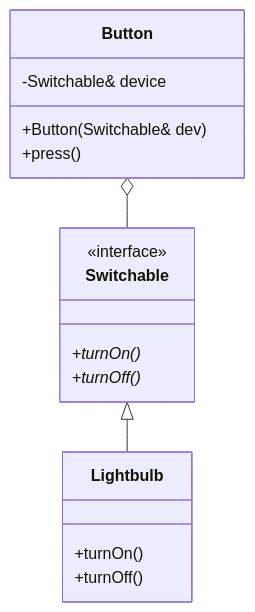
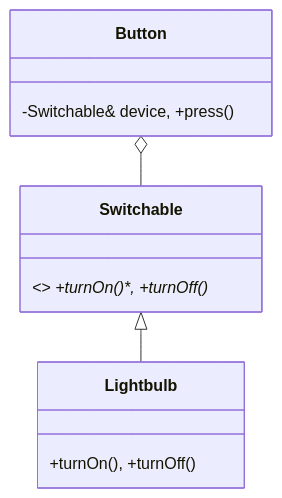
Before and after one commit to divyap271/systemDesign: the fifth of 22 diagrams in readme.md, drawn with Mermaid. The commit also changed other lines of this file, not shown here.

````diff
--- a/readme.md
+++ b/readme.md
@@ -86,19 +88,8 @@
 ```mermaid
 classDiagram
-    class Switchable {
-        <<interface>>
-        +turnOn()*
-        +turnOff()*
-    }
-    class Lightbulb {
-        +turnOn()
-        +turnOff()
-    }
-    class Button {
-        -Switchable& device
-        +Button(Switchable& dev)
-        +press()
-    }
+    class Switchable { <<interface>> +turnOn()*, +turnOff()* }
+    class Lightbulb { +turnOn(), +turnOff() }
+    class Button { -Switchable& device, +press() }
     Switchable <|-- Lightbulb
     Button o-- Switchable
 ```
````
